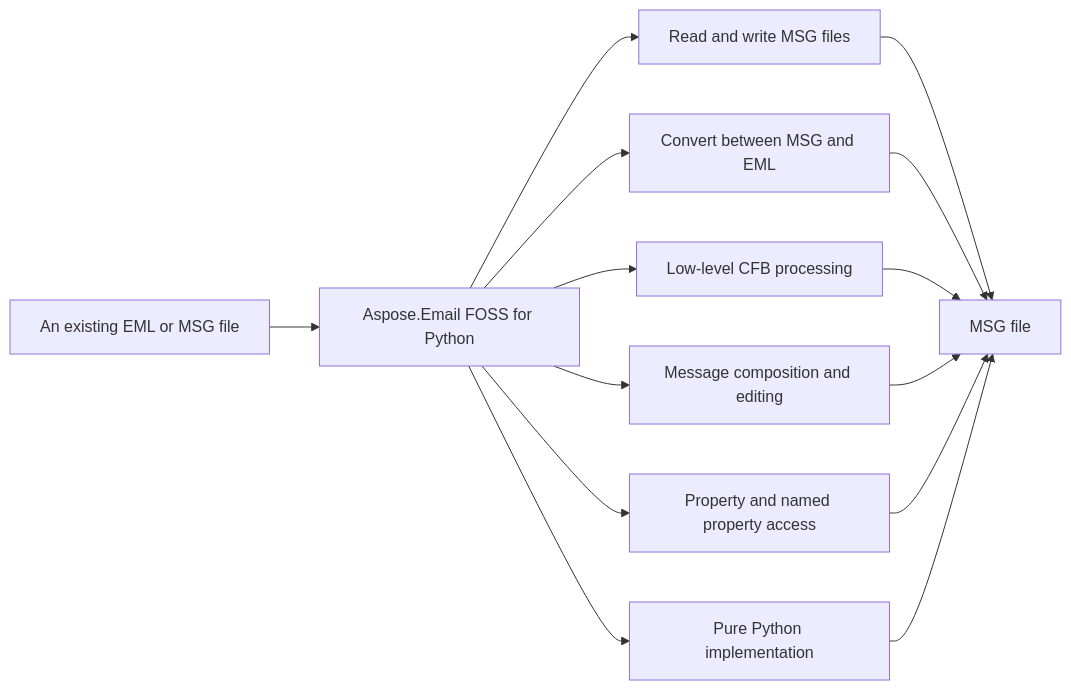
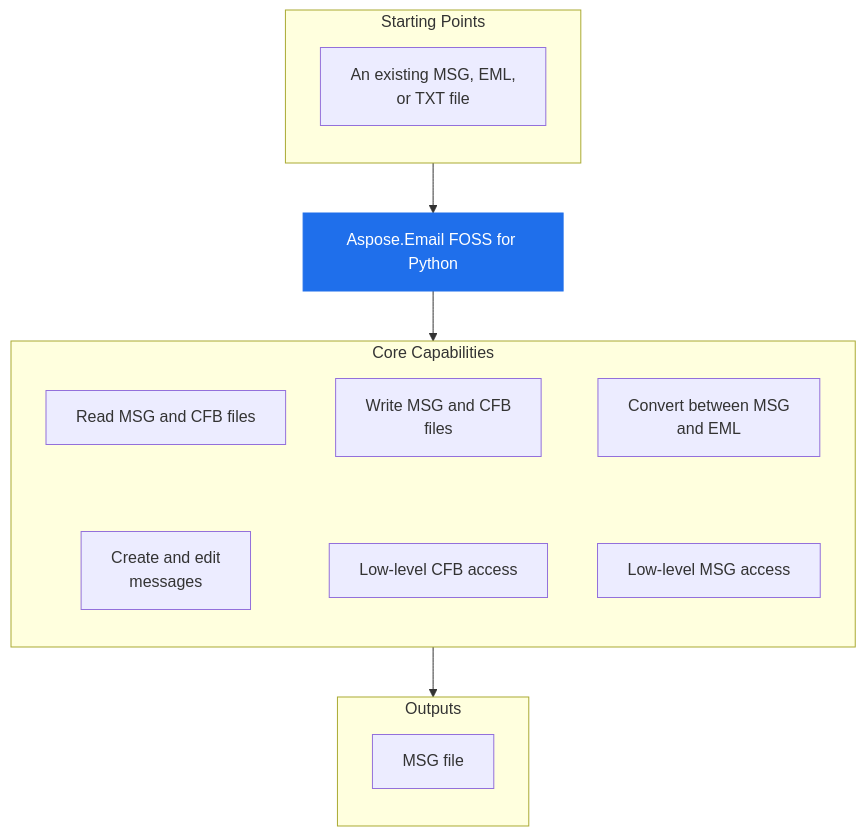
One commit to babar-raza/repo-presenter changed the diagram in 10a906b48c0c11005c4d93b524e4431901c9717c/README.md. Above: the diagram before and after it, drawn with Mermaid. The commit also changed other lines of this file and 12 other files, not shown here.

Commit message:
bundle: aspose-email-foss/Aspose.Email-FOSS-for-Python lane R 10a906b48c0c11005c4d93b524e4431901c9717c

````diff
--- a/10a906b48c0c11005c4d93b524e4431901c9717c/README.md
+++ b/10a906b48c0c11005c4d93b524e4431901c9717c/README.md
@@ -25,22 +32,27 @@
 ```mermaid
-flowchart LR
-Start["An existing EML or MSG file"]
-Start --> Product["Aspose.Email FOSS for Python"]
-Product["Aspose.Email FOSS for Python"] --> Cap1["Read and write MSG files"]
-Cap2["Convert between MSG and EML"]
-Cap3["Low-level CFB processing"]
-Cap4["Message composition and editing"]
-Cap5["Property and named property access"]
-Cap6["Pure Python implementation"]
-Product["Aspose.Email FOSS for Python"] --> Cap2["Convert between MSG and EML"]
-Product["Aspose.Email FOSS for Python"] --> Cap3["Low-level CFB processing"]
-Product["Aspose.Email FOSS for Python"] --> Cap4["Message composition and editing"]
-Product["Aspose.Email FOSS for Python"] --> Cap5["Property and named property access"]
-Product["Aspose.Email FOSS for Python"] --> Cap6["Pure Python implementation"]
-Cap1["Read and write MSG files"] --> Output["MSG file"]
-Cap2["Convert between MSG and EML"] --> Output["MSG file"]
-Cap3["Low-level CFB processing"] --> Output["MSG file"]
-Cap4["Message composition and editing"] --> Output["MSG file"]
-Cap5["Property and named property access"] --> Output["MSG file"]
-Cap6["Pure Python implementation"] --> Output["MSG file"]
+flowchart TB
+  subgraph StartingPoints["Starting Points"]
+    direction TB
+    i1["An existing MSG, EML,<br/>or TXT file"]
+  end
+  PRODUCT["Aspose.Email FOSS for Python"]
+  subgraph Capabilities["Core Capabilities"]
+    direction TB
+    c1["Read MSG and CFB files"]
+    c2["Write MSG and CFB<br/>files"]
+    c3["Convert between MSG<br/>and EML"]
+    c4["Create and edit<br/>messages"]
+    c5["Low-level CFB access"]
+    c6["Low-level MSG access"]
+    c1 ~~~ c4
+    c2 ~~~ c5
+    c3 ~~~ c6
+  end
+  subgraph Outputs["Outputs"]
+    direction TB
+    o1["MSG file"]
+  end
+  StartingPoints --> PRODUCT --> Capabilities --> Outputs
+  classDef product fill:#1f6feb,stroke:#1f6feb,color:#ffffff
+  class PRODUCT product
 ```
````
